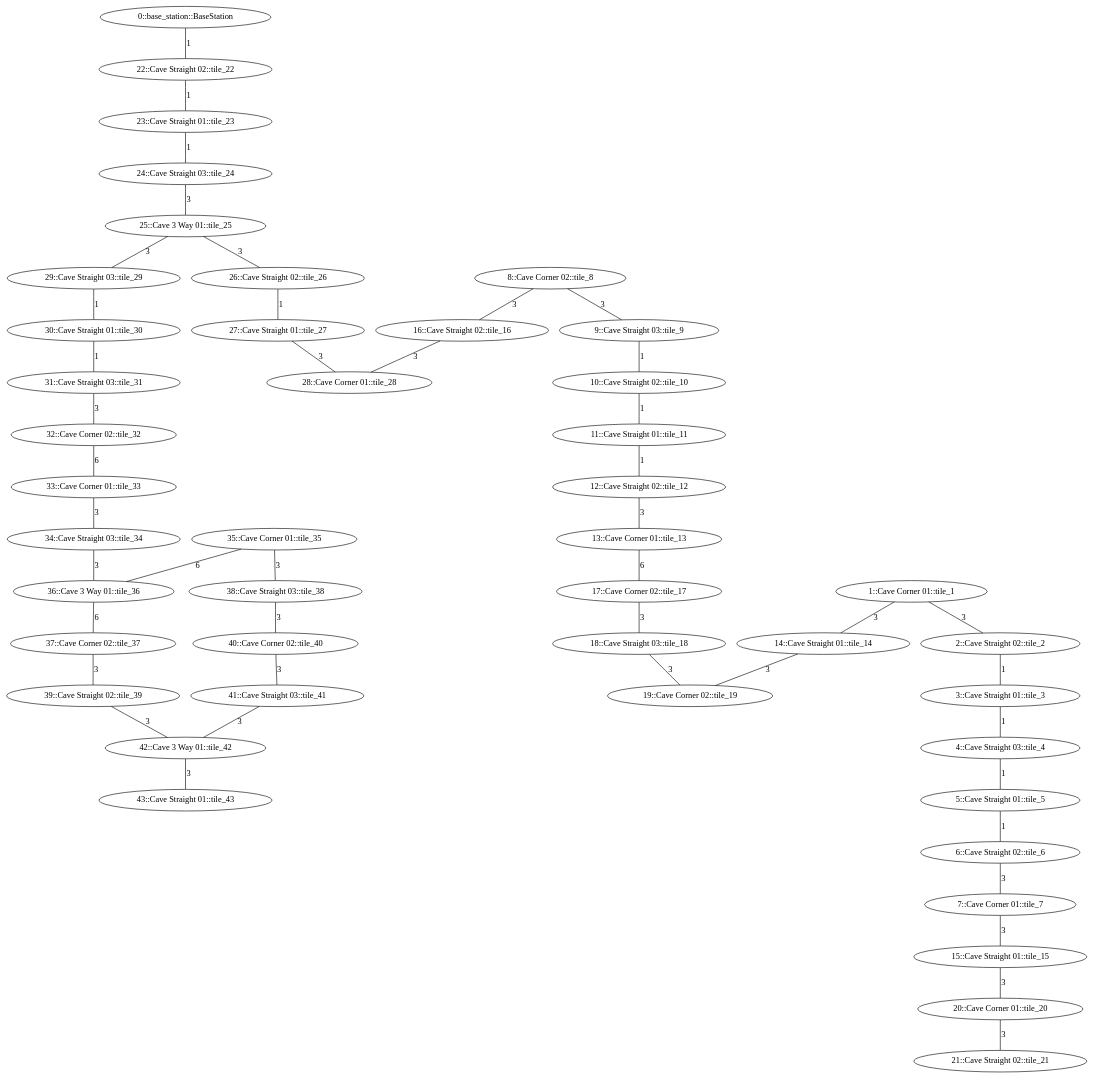
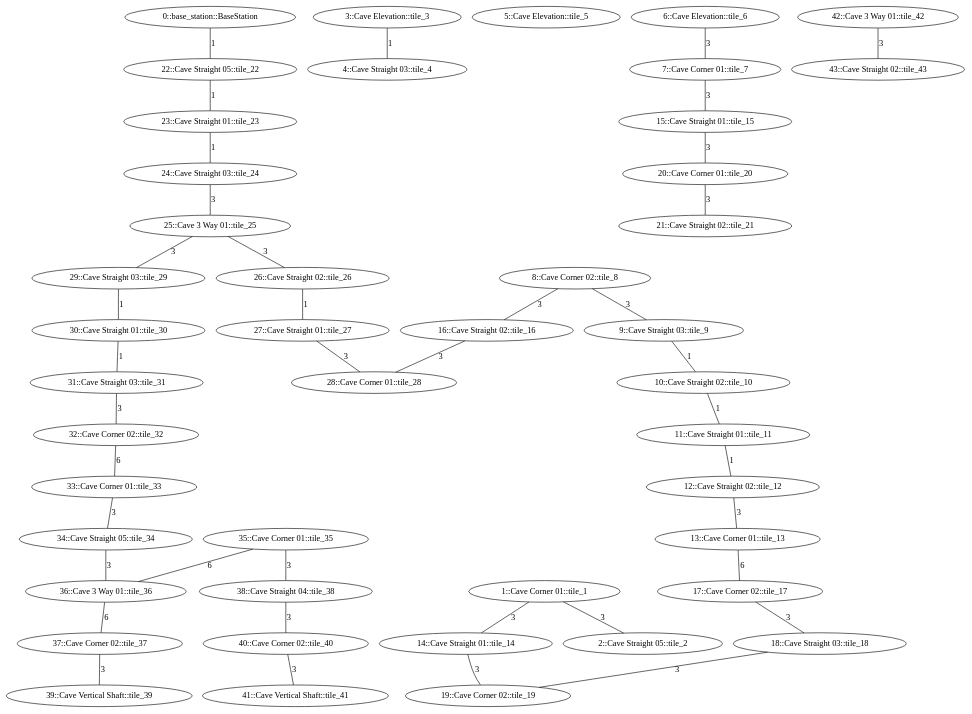
The diagram in subt_ign/worlds/simple_cave_01.dot (osrf/subt), drawn with Graphviz before and after one commit. The commit also changed 1 other file, not shown here.

Commit message:
update simple world tiles

```diff
--- a/subt_ign/worlds/simple_cave_01.dot
+++ b/subt_ign/worlds/simple_cave_01.dot
@@ -1,102 +1,97 @@
 /* Visibility graph for simple_cave_01 */
 /* Generated with the generator.py script: */
-/*   __main__.py cave_demo.tsv -\-graph-file simple_cave_01.dot -\-world-file simple_cave_01.sdf -\-world-name simple_cave_01 -\-scale_x 25 -\-scale_y 25 -\-cave -\-y0 75 -\-x0 -2 -\-z0 0 -\-level_type row_col -\-levels_buf 5 */
+/*   __main__.py simple_cave_01.tsv -\-graph-file simple_cave_01.dot -\-world-file simple_cave_01.sdf -\-world-name simple_cave_01 -\-scale_x 25 -\-scale_y 25 -\-cave -\-y0 75 -\-x0 -2 -\-z0 0 -\-level_type row_col -\-levels_buf 5 */
 
 graph {
   /* ==== Vertices ==== */
 
   /* Base station / Staging area */
   0   [label="0::base_station::BaseStation"];
 
   1   [label="1::Cave Corner 01::tile_1"];
-  2   [label="2::Cave Straight 02::tile_2"];
-  3   [label="3::Cave Straight 01::tile_3"];
+  2   [label="2::Cave Straight 05::tile_2"];
+  3   [label="3::Cave Elevation::tile_3"];
   4   [label="4::Cave Straight 03::tile_4"];
-  5   [label="5::Cave Straight 01::tile_5"];
-  6   [label="6::Cave Straight 02::tile_6"];
+  5   [label="5::Cave Elevation::tile_5"];
+  6   [label="6::Cave Elevation::tile_6"];
   7   [label="7::Cave Corner 01::tile_7"];
   8   [label="8::Cave Corner 02::tile_8"];
   9   [label="9::Cave Straight 03::tile_9"];
   10  [label="10::Cave Straight 02::tile_10"];
   11  [label="11::Cave Straight 01::tile_11"];
   12  [label="12::Cave Straight 02::tile_12"];
   13  [label="13::Cave Corner 01::tile_13"];
   14  [label="14::Cave Straight 01::tile_14"];
   15  [label="15::Cave Straight 01::tile_15"];
   16  [label="16::Cave Straight 02::tile_16"];
   17  [label="17::Cave Corner 02::tile_17"];
   18  [label="18::Cave Straight 03::tile_18"];
   19  [label="19::Cave Corner 02::tile_19"];
   20  [label="20::Cave Corner 01::tile_20"];
   21  [label="21::Cave Straight 02::tile_21"];
-  22  [label="22::Cave Straight 02::tile_22"];
+  22  [label="22::Cave Straight 05::tile_22"];
   23  [label="23::Cave Straight 01::tile_23"];
   24  [label="24::Cave Straight 03::tile_24"];
   25  [label="25::Cave 3 Way 01::tile_25"];
   26  [label="26::Cave Straight 02::tile_26"];
   27  [label="27::Cave Straight 01::tile_27"];
   28  [label="28::Cave Corner 01::tile_28"];
   29  [label="29::Cave Straight 03::tile_29"];
   30  [label="30::Cave Straight 01::tile_30"];
   31  [label="31::Cave Straight 03::tile_31"];
   32  [label="32::Cave Corner 02::tile_32"];
   33  [label="33::Cave Corner 01::tile_33"];
-  34  [label="34::Cave Straight 03::tile_34"];
+  34  [label="34::Cave Straight 05::tile_34"];
   35  [label="35::Cave Corner 01::tile_35"];
   36  [label="36::Cave 3 Way 01::tile_36"];
   37  [label="37::Cave Corner 02::tile_37"];
-  38  [label="38::Cave Straight 03::tile_38"];
-  39  [label="39::Cave Straight 02::tile_39"];
+  38  [label="38::Cave Straight 04::tile_38"];
+  39  [label="39::Cave Vertical Shaft::tile_39"];
   40  [label="40::Cave Corner 02::tile_40"];
-  41  [label="41::Cave Straight 03::tile_41"];
+  41  [label="41::Cave Vertical Shaft::tile_41"];
   42  [label="42::Cave 3 Way 01::tile_42"];
-  43  [label="43::Cave Straight 01::tile_43"];
+  43  [label="43::Cave Straight 02::tile_43"];
 
   /* ==== Edges ==== */
 
   /* Base station */
   0  -- 22  [label=1];
   1  -- 2   [label=3];
   1  -- 14  [label=3];
-  2  -- 3   [label=1];
   3  -- 4   [label=1];
-  4  -- 5   [label=1];
-  5  -- 6   [label=1];
   6  -- 7   [label=3];
   7  -- 15  [label=3];
   8  -- 9   [label=3];
   8  -- 16  [label=3];
   9  -- 10  [label=1];
   10 -- 11  [label=1];
   11 -- 12  [label=1];
   12 -- 13  [label=3];
   13 -- 17  [label=6];
   14 -- 19  [label=3];
   15 -- 20  [label=3];
   16 -- 28  [label=3];
   17 -- 18  [label=3];
   18 -- 19  [label=3];
   20 -- 21  [label=3];
   22 -- 23  [label=1];
   23 -- 24  [label=1];
   24 -- 25  [label=3];  /* Intersection */
   25 -- 26  [label=3];  /* Intersection */
   25 -- 29  [label=3];  /* Intersection */
   26 -- 27  [label=1];
   27 -- 28  [label=3];
   29 -- 30  [label=1];
   30 -- 31  [label=1];
   31 -- 32  [label=3];
   32 -- 33  [label=6];
   33 -- 34  [label=3];
   34 -- 36  [label=3];  /* Intersection */
   35 -- 36  [label=6];  /* Intersection */
   35 -- 38  [label=3];
   36 -- 37  [label=6];  /* Intersection */
   37 -- 39  [label=3];
   38 -- 40  [label=3];
-  39 -- 42  [label=3];  /* Intersection */
   40 -- 41  [label=3];
-  41 -- 42  [label=3];  /* Intersection */
   42 -- 43  [label=3];  /* Intersection */
 }
```
